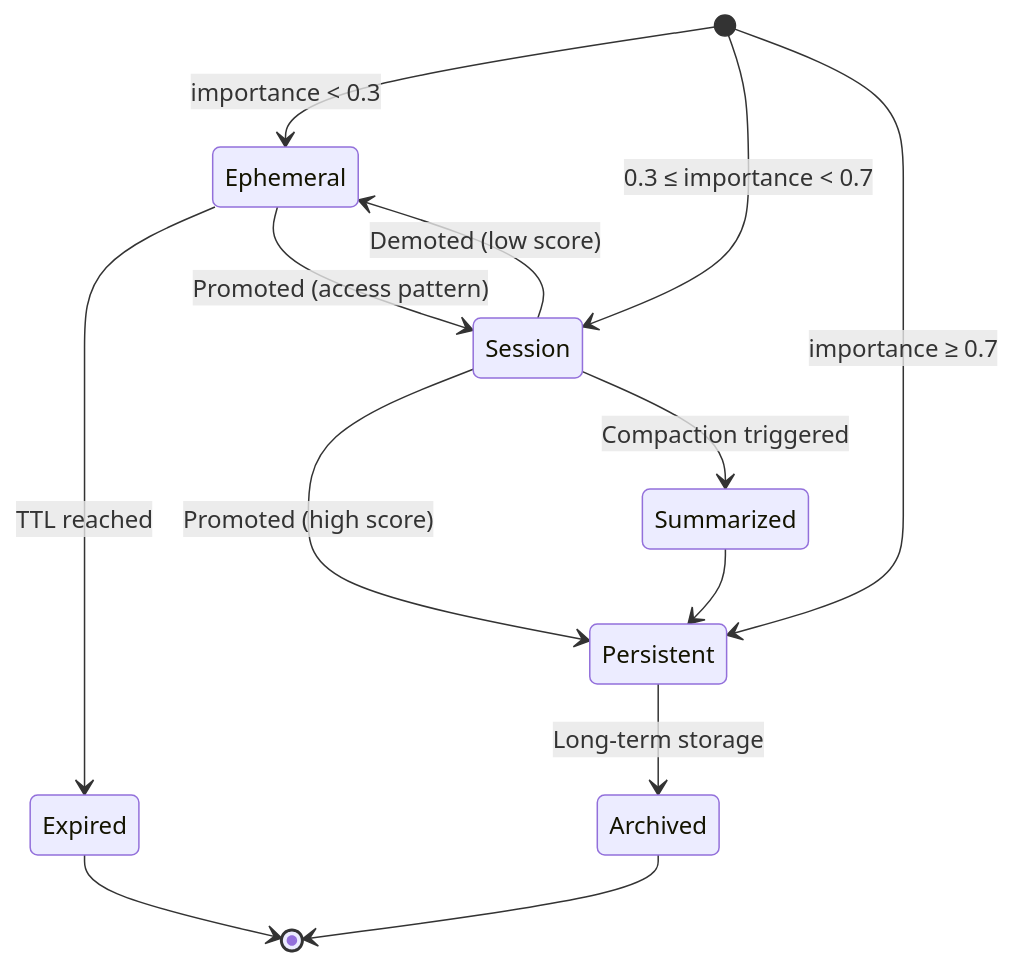
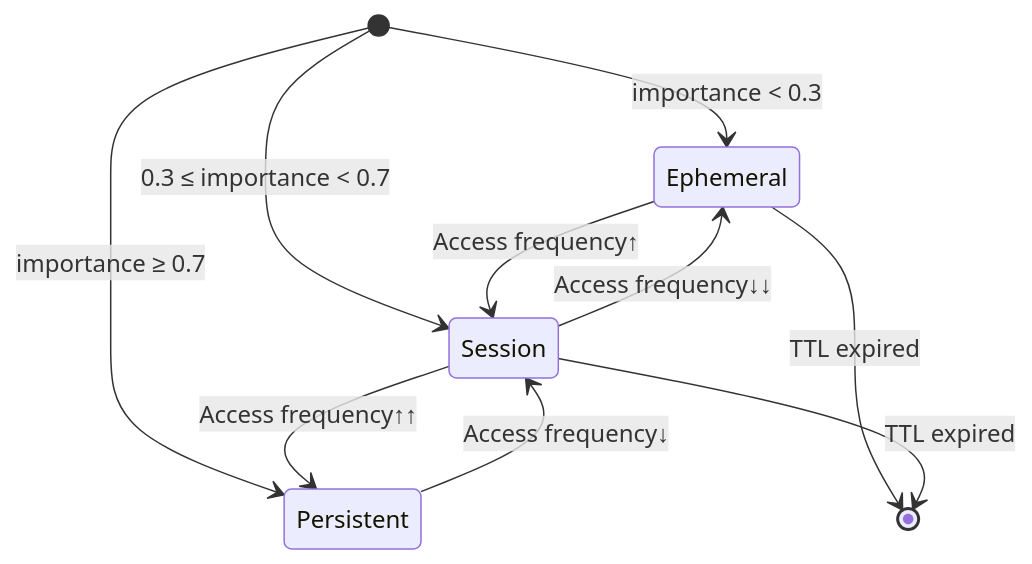
One commit to saranmahadev/Axon changed the fifth of 5 diagrams in docs/concepts/overview.md. Above: the diagram before and after it, drawn with Mermaid. The commit also changed other lines of this file and 44 other files, not shown here.

````diff
--- a/docs/concepts/overview.md
+++ b/docs/concepts/overview.md
@@ -74,19 +298,15 @@
 ```mermaid
 stateDiagram-v2
     [*] --> Ephemeral: importance < 0.3
     [*] --> Session: 0.3 ≤ importance < 0.7
     [*] --> Persistent: importance ≥ 0.7
-
-    Ephemeral --> Expired: TTL reached
-    Ephemeral --> Session: Promoted (access pattern)
-
-    Session --> Ephemeral: Demoted (low score)
-    Session --> Persistent: Promoted (high score)
-    Session --> Summarized: Compaction triggered
-
-    Persistent --> Archived: Long-term storage
-
-    Expired --> [*]
-    Summarized --> Persistent
-    Archived --> [*]
+    
+    Ephemeral --> Session: Access frequency↑
+    Session --> Persistent: Access frequency↑↑
+    
+    Persistent --> Session: Access frequency↓
+    Session --> Ephemeral: Access frequency↓↓
+    
+    Ephemeral --> [*]: TTL expired
+    Session --> [*]: TTL expired
 ```
````
